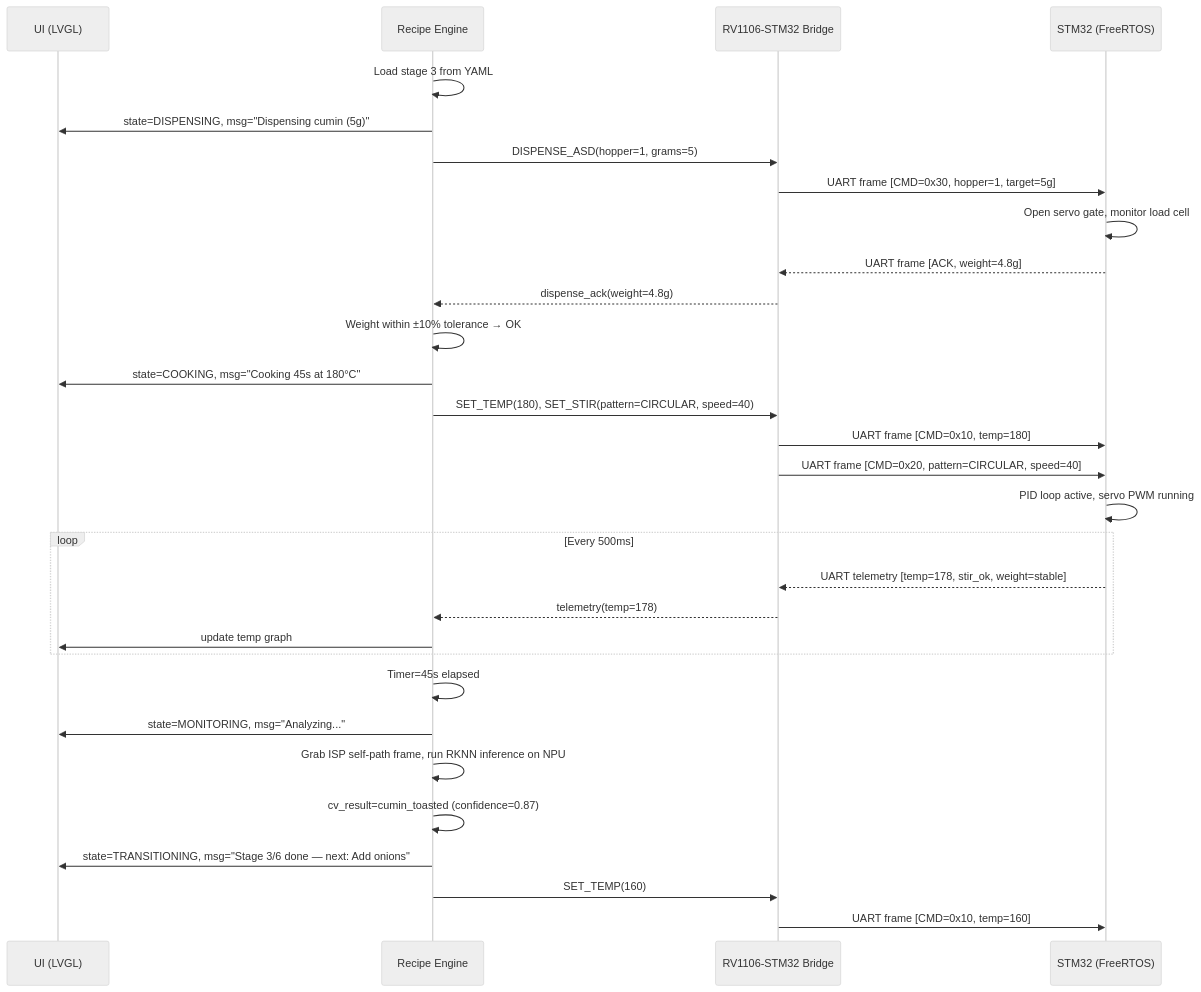
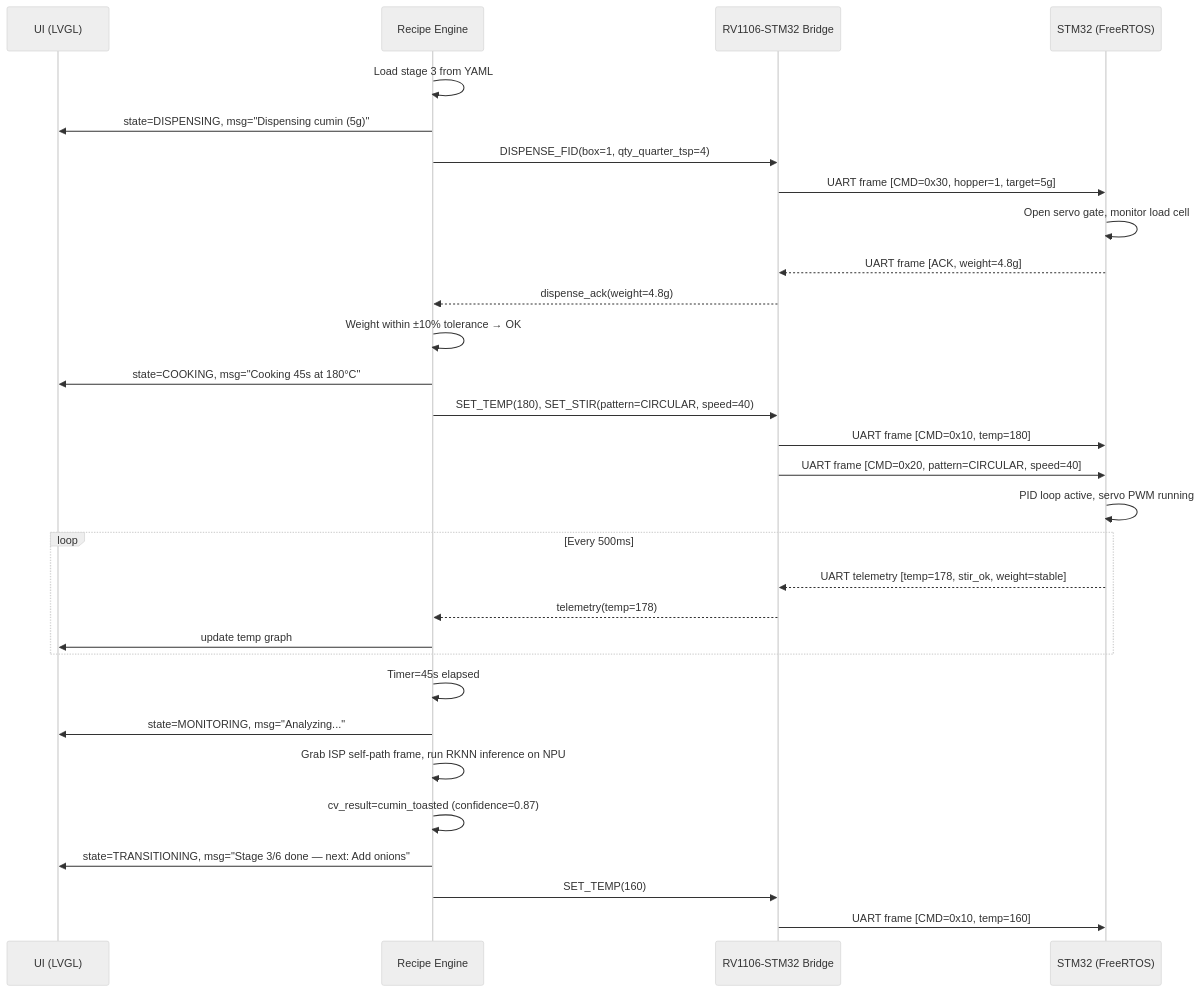
The second of 2 diagrams in docs/03-Software/03-Main-Loop-State-Machine.md (manasXP/epicura-spec), drawn with Mermaid (neutral theme) before and after one commit. The commit also changed other lines of this file and 31 other files, not shown here.

````diff
--- a/docs/03-Software/03-Main-Loop-State-Machine.md
+++ b/docs/03-Software/03-Main-Loop-State-Machine.md
@@ -104,40 +104,40 @@
 ```mermaid
 sequenceDiagram
     participant UI as UI (LVGL)
     participant RE as Recipe Engine
     participant BR as RV1106-STM32 Bridge
     participant MC as STM32 (FreeRTOS)
 
     RE->>RE: Load stage 3 from YAML
     RE->>UI: state=DISPENSING, msg="Dispensing cumin (5g)"
 
-    RE->>BR: DISPENSE_ASD(hopper=1, grams=5)
+    RE->>BR: DISPENSE_FID(box=1, qty_quarter_tsp=4)
     BR->>MC: UART frame [CMD=0x30, hopper=1, target=5g]
     MC->>MC: Open servo gate, monitor load cell
     MC-->>BR: UART frame [ACK, weight=4.8g]
     BR-->>RE: dispense_ack(weight=4.8g)
 
     RE->>RE: Weight within ±10% tolerance → OK
     RE->>UI: state=COOKING, msg="Cooking 45s at 180°C"
 
     RE->>BR: SET_TEMP(180), SET_STIR(pattern=CIRCULAR, speed=40)
     BR->>MC: UART frame [CMD=0x10, temp=180]
     BR->>MC: UART frame [CMD=0x20, pattern=CIRCULAR, speed=40]
     MC->>MC: PID loop active, servo PWM running
 
     loop Every 500ms
         MC-->>BR: UART telemetry [temp=178, stir_ok, weight=stable]
         BR-->>RE: telemetry(temp=178)
         RE->>UI: update temp graph
     end
 
     RE->>RE: Timer=45s elapsed
     RE->>UI: state=MONITORING, msg="Analyzing..."
 
     RE->>RE: Grab ISP self-path frame, run RKNN inference on NPU
     RE->>RE: cv_result=cumin_toasted (confidence=0.87)
 
     RE->>UI: state=TRANSITIONING, msg="Stage 3/6 done — next: Add onions"
     RE->>BR: SET_TEMP(160)
     BR->>MC: UART frame [CMD=0x10, temp=160]
 ```
````
